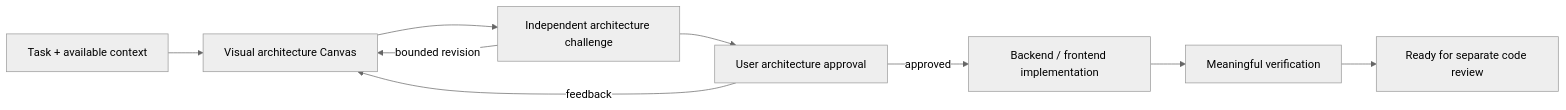
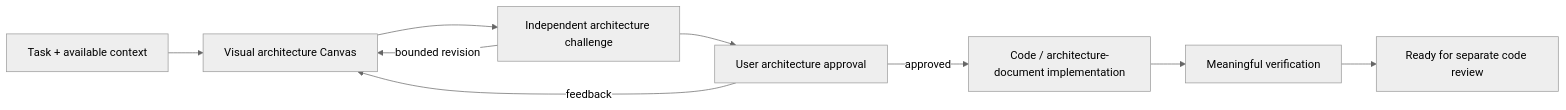
One commit to MrFlashAccount/UltraSkills changed the diagram in workflows/build-it/README.md. Above: the diagram before and after it, drawn with Mermaid (neutral theme). The commit also changed other lines of this file and 9 other files, not shown here.

Commit message:
Preserve Architect ownership for Build It document updates

````diff
--- a/workflows/build-it/README.md
+++ b/workflows/build-it/README.md
@@ -6,11 +6,11 @@
 ```mermaid
 flowchart LR
     Task[Task + available context] --> Design[Visual architecture Canvas]
     Design --> Attack[Independent architecture challenge]
     Attack -->|bounded revision| Design
     Attack --> Approval[User architecture approval]
     Approval -->|feedback| Design
-    Approval -->|approved| Build[Backend / frontend implementation]
+    Approval -->|approved| Build[Code / architecture-document implementation]
     Build --> Verify[Meaningful verification]
     Verify --> Handoff[Ready for separate code review]
 ```
````
